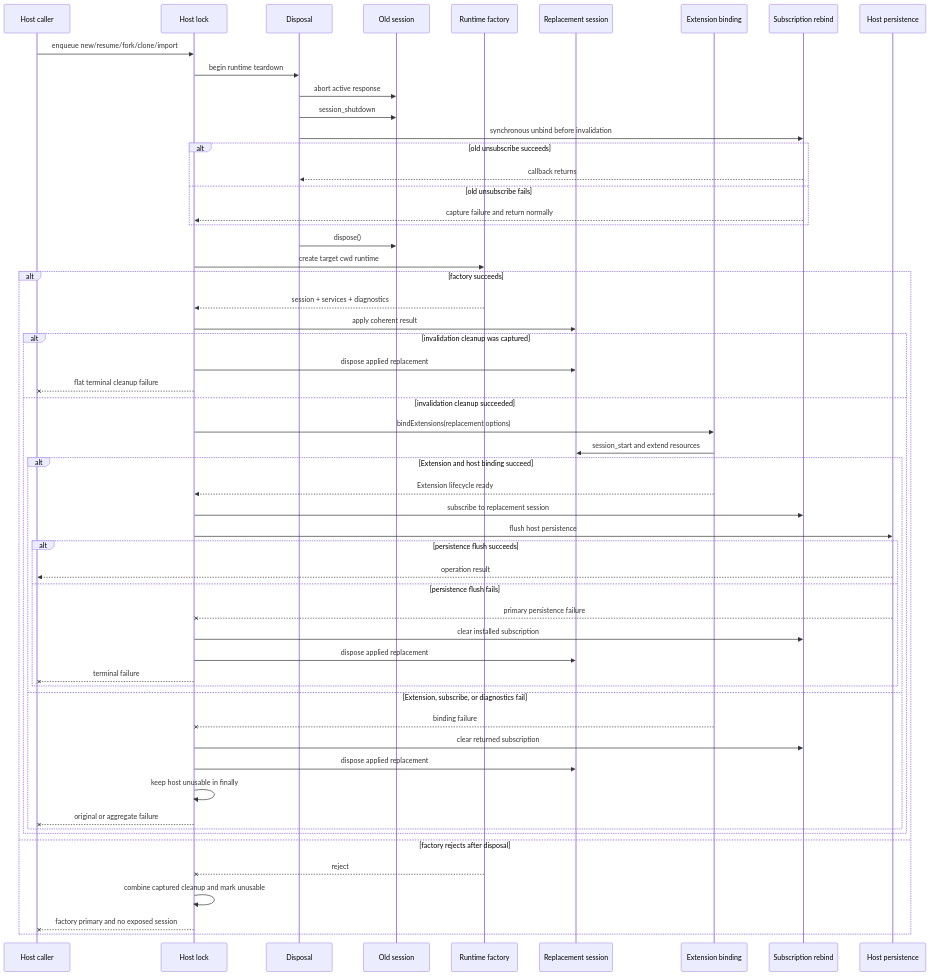
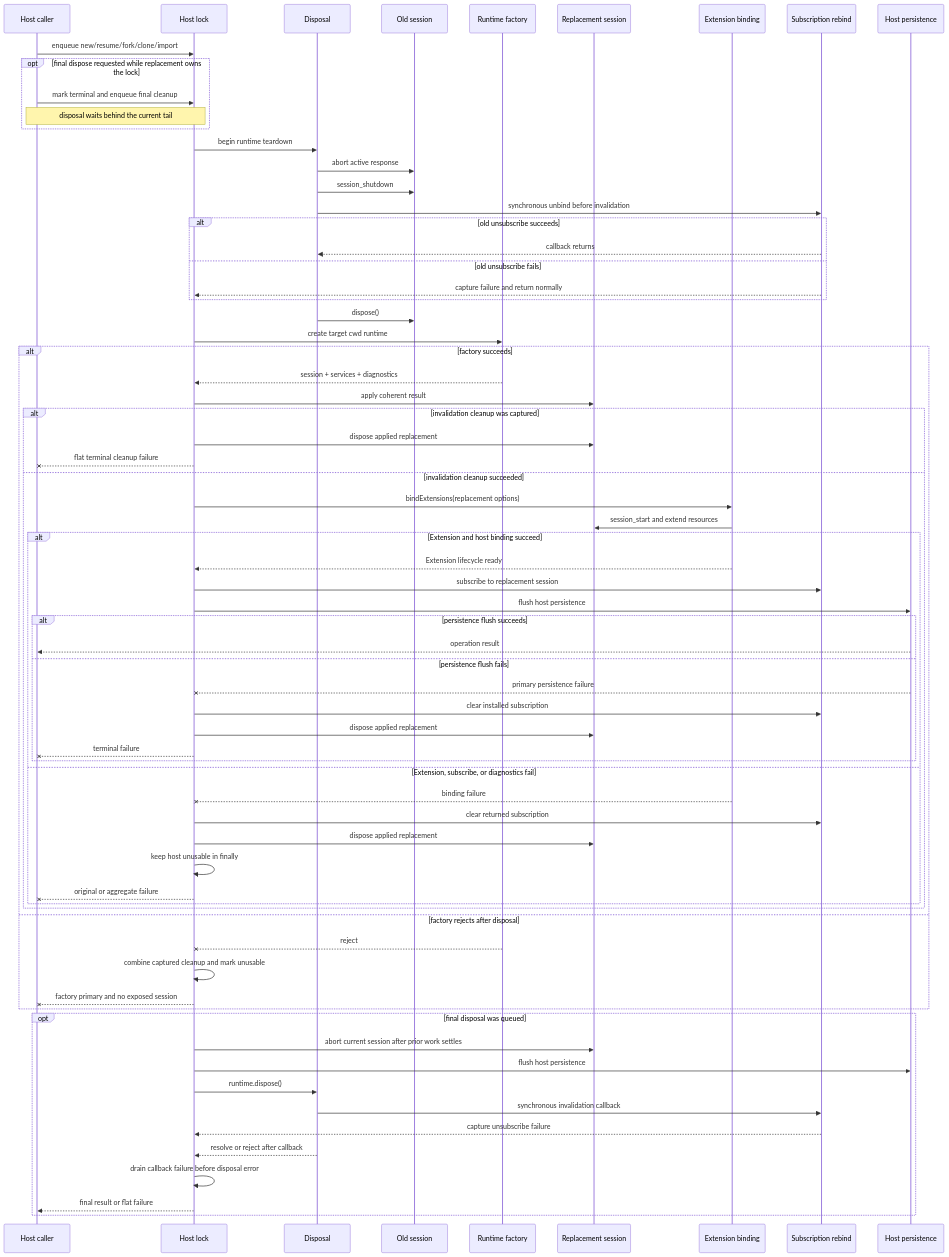
The diagram in content/en/how-to/host-session-runtime.md (pifydev/docs), drawn with Mermaid before and after one commit. The commit also changed other lines of this file and 3 other files, not shown here.

Commit message:
docs: queue terminal runtime disposal

````diff
--- a/content/en/how-to/host-session-runtime.md
+++ b/content/en/how-to/host-session-runtime.md
@@ -452,58 +454,72 @@
 ```mermaid
 sequenceDiagram
     participant Caller as Host caller
     participant Lock as Host lock
     participant Dispose as Disposal
     participant Old as Old session
     participant Factory as Runtime factory
     participant Next as Replacement session
     participant Extensions as Extension binding
     participant Rebind as Subscription rebind
     participant Persist as Host persistence
     Caller->>Lock: enqueue new/resume/fork/clone/import
+    opt final dispose requested while replacement owns the lock
+        Caller->>Lock: mark terminal and enqueue final cleanup
+        Note over Caller,Lock: disposal waits behind the current tail
+    end
     Lock->>Dispose: begin runtime teardown
     Dispose->>Old: abort active response
     Dispose->>Old: session_shutdown
     Dispose->>Rebind: synchronous unbind before invalidation
     alt old unsubscribe succeeds
         Rebind-->>Dispose: callback returns
     else old unsubscribe fails
         Rebind-->>Lock: capture failure and return normally
     end
     Dispose->>Old: dispose()
     Lock->>Factory: create target cwd runtime
     alt factory succeeds
         Factory-->>Lock: session + services + diagnostics
         Lock->>Next: apply coherent result
         alt invalidation cleanup was captured
             Lock->>Next: dispose applied replacement
             Lock--xCaller: flat terminal cleanup failure
         else invalidation cleanup succeeded
             Lock->>Extensions: bindExtensions(replacement options)
             Extensions->>Next: session_start and extend resources
             alt Extension and host binding succeed
                 Extensions-->>Lock: Extension lifecycle ready
                 Lock->>Rebind: subscribe to replacement session
                 Lock->>Persist: flush host persistence
                 alt persistence flush succeeds
                     Persist-->>Caller: operation result
                 else persistence flush fails
                     Persist--xLock: primary persistence failure
                     Lock->>Rebind: clear installed subscription
                     Lock->>Next: dispose applied replacement
                     Lock--xCaller: terminal failure
                 end
             else Extension, subscribe, or diagnostics fail
                 Extensions--xLock: binding failure
                 Lock->>Rebind: clear returned subscription
                 Lock->>Next: dispose applied replacement
                 Lock->>Lock: keep host unusable in finally
                 Lock--xCaller: original or aggregate failure
             end
         end
     else factory rejects after disposal
         Factory--xLock: reject
         Lock->>Lock: combine captured cleanup and mark unusable
         Lock--xCaller: factory primary and no exposed session
     end
+    opt final disposal was queued
+        Lock->>Next: abort current session after prior work settles
+        Lock->>Persist: flush host persistence
+        Lock->>Dispose: runtime.dispose()
+        Dispose->>Rebind: synchronous invalidation callback
+        Rebind-->>Lock: capture unsubscribe failure
+        Dispose-->>Lock: resolve or reject after callback
+        Lock->>Lock: drain callback failure before disposal error
+        Lock-->>Caller: final result or flat failure
+    end
 ```
````
